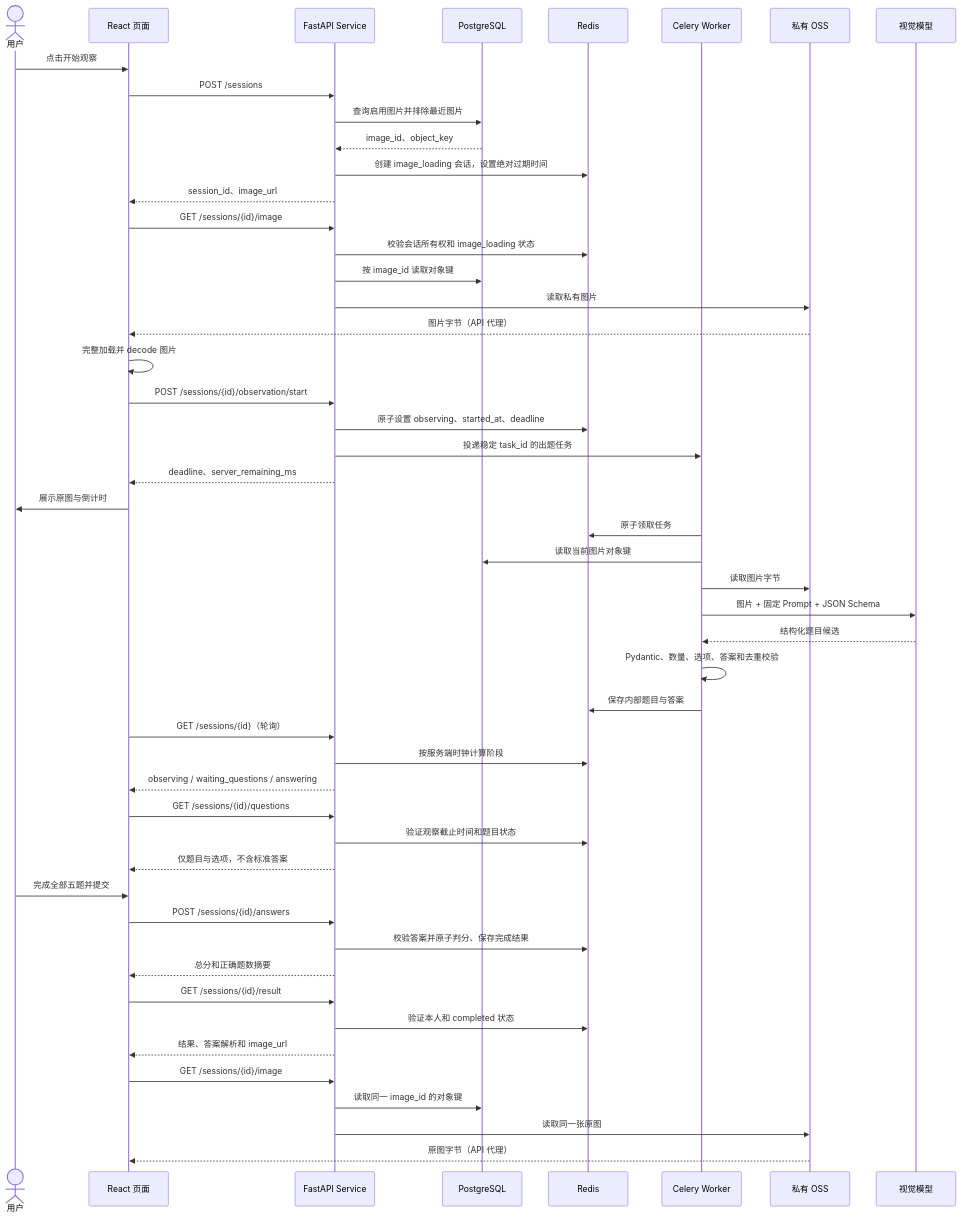
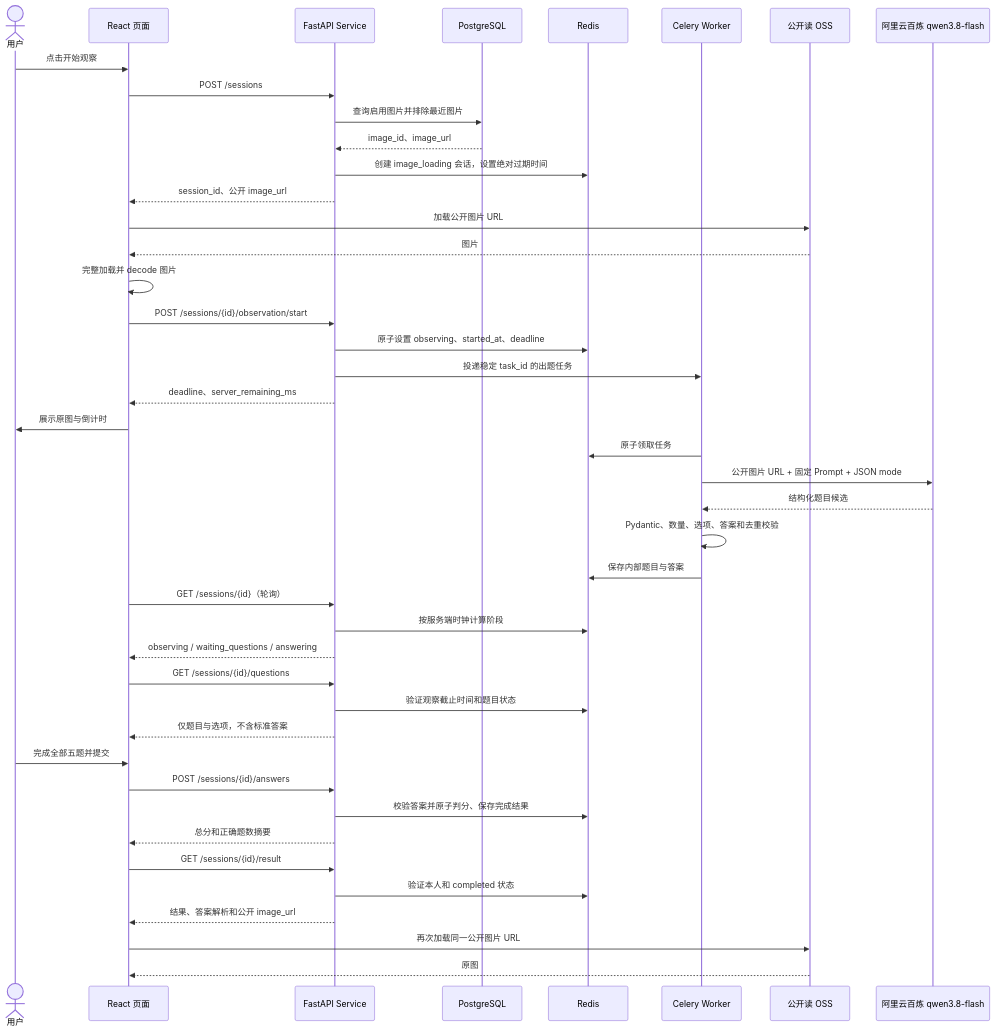
One commit to zt20001126/OrionAI changed the third of 3 diagrams in docs/requirements/2026-10-28-002-memory-training-tool-requirements-and-implementation-design.md. Above: the diagram before and after it, drawn with Mermaid. The commit also changed other lines of this file and 37 other files, not shown here.

````diff
--- a/docs/requirements/2026-10-28-002-memory-training-tool-requirements-and-implementation-design.md
+++ b/docs/requirements/2026-10-28-002-memory-training-tool-requirements-and-implementation-design.md
@@ -171,53 +169,46 @@
 ```mermaid
 sequenceDiagram
     actor U as 用户
     participant FE as React 页面
     participant API as FastAPI Service
     participant DB as PostgreSQL
     participant R as Redis
     participant C as Celery Worker
-    participant O as 私有 OSS
-    participant V as 视觉模型
+    participant O as 公开读 OSS
+    participant V as 阿里云百炼 qwen3.8-flash
 
     U->>FE: 点击开始观察
     FE->>API: POST /sessions
     API->>DB: 查询启用图片并排除最近图片
-    DB-->>API: image_id、object_key
+    DB-->>API: image_id、image_url
     API->>R: 创建 image_loading 会话，设置绝对过期时间
-    API-->>FE: session_id、image_url
-    FE->>API: GET /sessions/{id}/image
-    API->>R: 校验会话所有权和 image_loading 状态
-    API->>DB: 按 image_id 读取对象键
-    API->>O: 读取私有图片
-    O-->>FE: 图片字节（API 代理）
+    API-->>FE: session_id、公开 image_url
+    FE->>O: 加载公开图片 URL
+    O-->>FE: 图片
     FE->>FE: 完整加载并 decode 图片
     FE->>API: POST /sessions/{id}/observation/start
     API->>R: 原子设置 observing、started_at、deadline
     API->>C: 投递稳定 task_id 的出题任务
     API-->>FE: deadline、server_remaining_ms
     FE->>U: 展示原图与倒计时
     C->>R: 原子领取任务
-    C->>DB: 读取当前图片对象键
-    C->>O: 读取图片字节
-    C->>V: 图片 + 固定 Prompt + JSON Schema
+    C->>V: 公开图片 URL + 固定 Prompt + JSON mode
     V-->>C: 结构化题目候选
     C->>C: Pydantic、数量、选项、答案和去重校验
     C->>R: 保存内部题目与答案
     FE->>API: GET /sessions/{id}（轮询）
     API->>R: 按服务端时钟计算阶段
     API-->>FE: observing / waiting_questions / answering
     FE->>API: GET /sessions/{id}/questions
     API->>R: 验证观察截止时间和题目状态
     API-->>FE: 仅题目与选项，不含标准答案
     U->>FE: 完成全部五题并提交
     FE->>API: POST /sessions/{id}/answers
     API->>R: 校验答案并原子判分、保存完成结果
     API-->>FE: 总分和正确题数摘要
     FE->>API: GET /sessions/{id}/result
     API->>R: 验证本人和 completed 状态
-    API-->>FE: 结果、答案解析和 image_url
-    FE->>API: GET /sessions/{id}/image
-    API->>DB: 读取同一 image_id 的对象键
-    API->>O: 读取同一张原图
-    O-->>FE: 原图字节（API 代理）
+    API-->>FE: 结果、答案解析和公开 image_url
+    FE->>O: 再次加载同一公开图片 URL
+    O-->>FE: 原图
 ```
````
